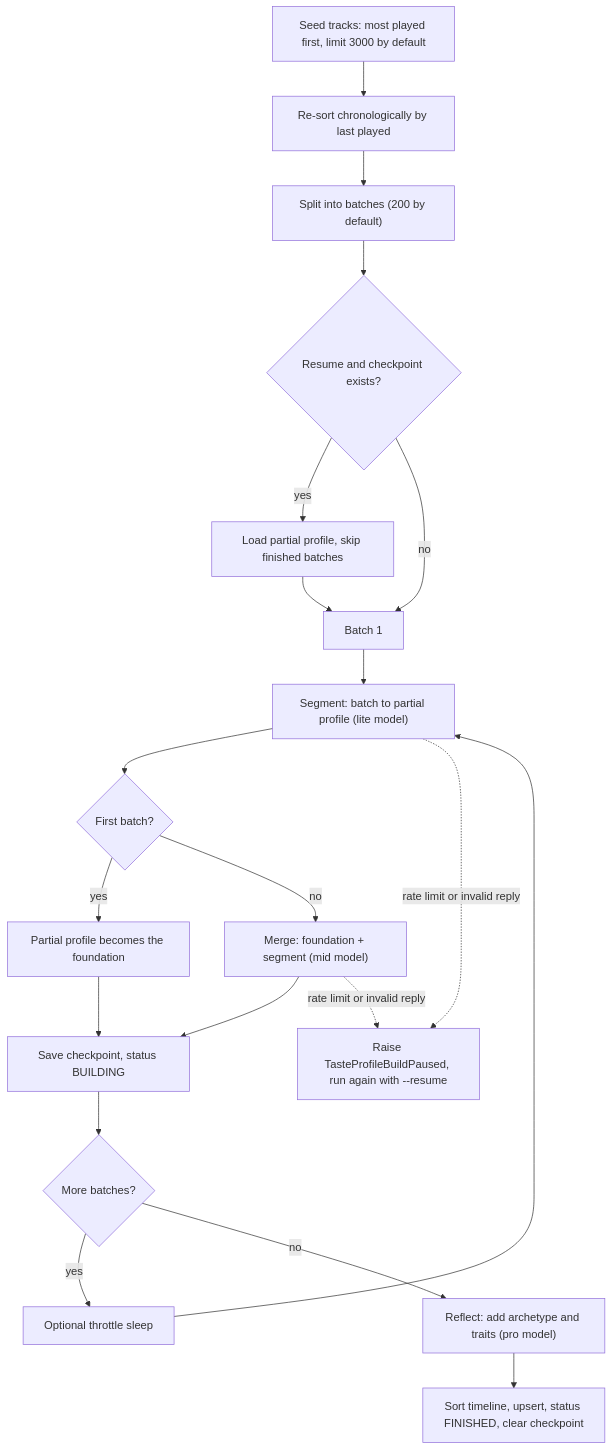
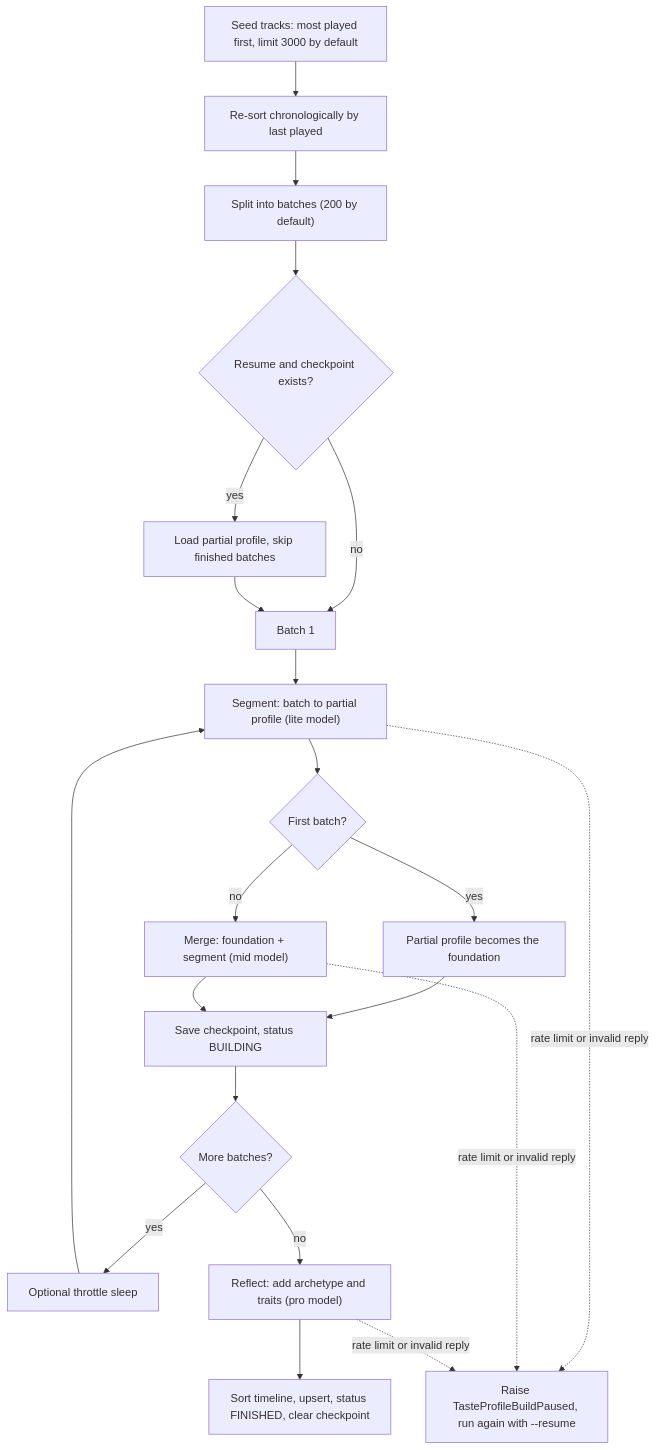
One commit to ychab/museflow changed the diagram in docs/technical/llm-pipeline.md. Above: the diagram before and after it, drawn with Mermaid. The commit also changed other lines of this file and 3 other files, not shown here.

````diff
--- a/docs/technical/llm-pipeline.md
+++ b/docs/technical/llm-pipeline.md
@@ -33,21 +33,22 @@
 ```mermaid
 flowchart TD
     A["Seed tracks: most played first, limit 3000 by default"] --> B["Re-sort chronologically by last played"]
     B --> C["Split into batches (200 by default)"]
     C --> D{"Resume and checkpoint exists?"}
     D -- yes --> E["Load partial profile, skip finished batches"]
     D -- no --> F["Batch 1"]
     E --> F
     F --> G["Segment: batch to partial profile (lite model)"]
     G --> H{"First batch?"}
     H -- yes --> I["Partial profile becomes the foundation"]
     H -- no --> J["Merge: foundation + segment (mid model)"]
     I --> K["Save checkpoint, status BUILDING"]
     J --> K
     K --> L{"More batches?"}
     L -- yes --> M["Optional throttle sleep"] --> G
     L -- no --> N["Reflect: add archetype and traits (pro model)"]
     N --> O["Sort timeline, upsert, status FINISHED, clear checkpoint"]
     G -. rate limit or invalid reply .-> P["Raise TasteProfileBuildPaused, run again with --resume"]
     J -. rate limit or invalid reply .-> P
+    N -. rate limit or invalid reply .-> P
 ```
````
